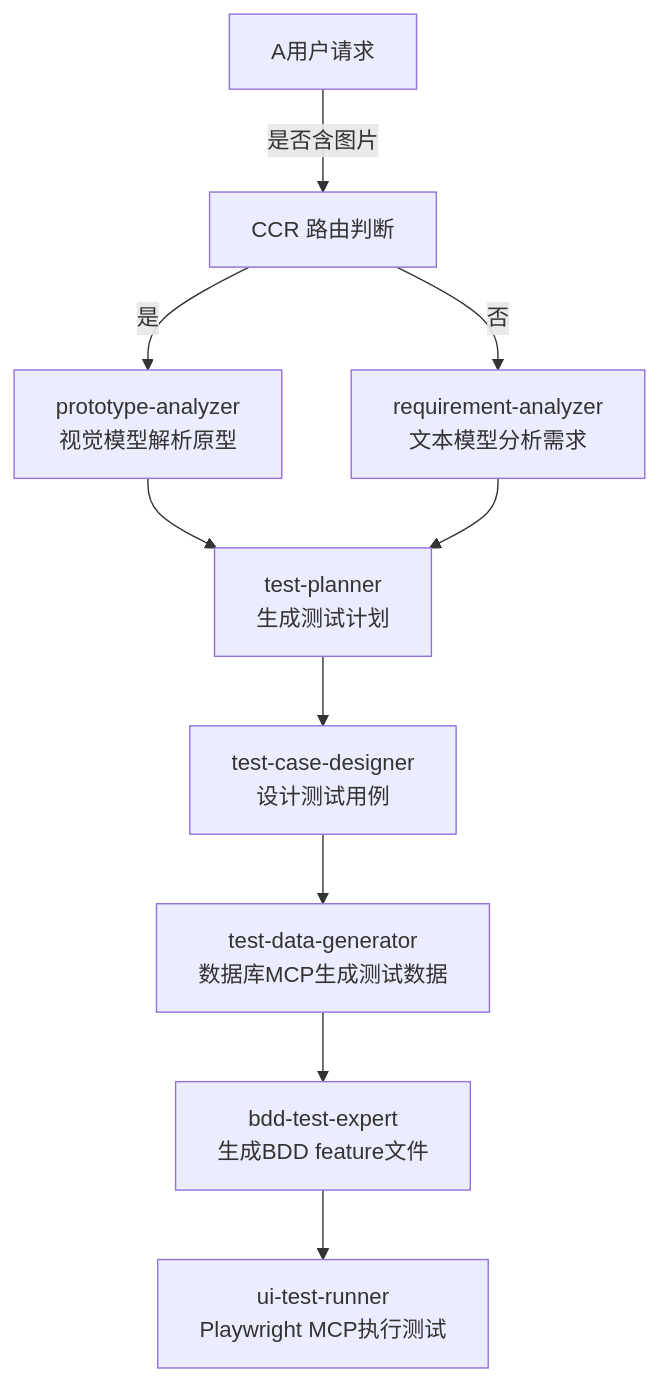
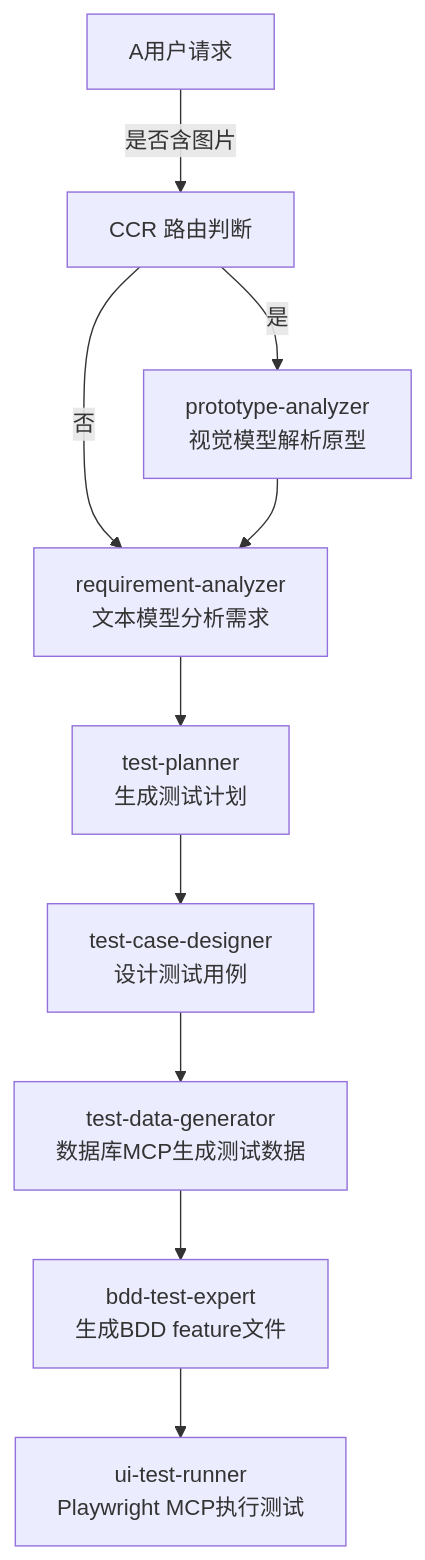
One commit to SuperOuxx/claude-code-router-ui changed the diagram in .claude/agents/README.md. Above: the diagram before and after it, drawn with Mermaid. The commit also changed 4 other files, not shown here.

````diff
--- a/.claude/agents/README.md
+++ b/.claude/agents/README.md
@@ -7,12 +7,12 @@
 ```mermaid
 graph TD
     A用户请求 -->|是否含图片| B[CCR 路由判断]
     B -->|是| C[prototype-analyzer<br/>视觉模型解析原型]
     B -->|否| D[requirement-analyzer<br/>文本模型分析需求]
-    C --> E[test-planner<br/>生成测试计划]
-    D --> E
+    C --> D
+    D --> E[test-planner<br/>生成测试计划]
     E --> F[test-case-designer<br/>设计测试用例]
     F --> G[test-data-generator<br/>数据库MCP生成测试数据]
     G --> H[bdd-test-expert<br/>生成BDD feature文件]
     H --> I[ui-test-runner<br/>Playwright MCP执行测试]
 ```
````
